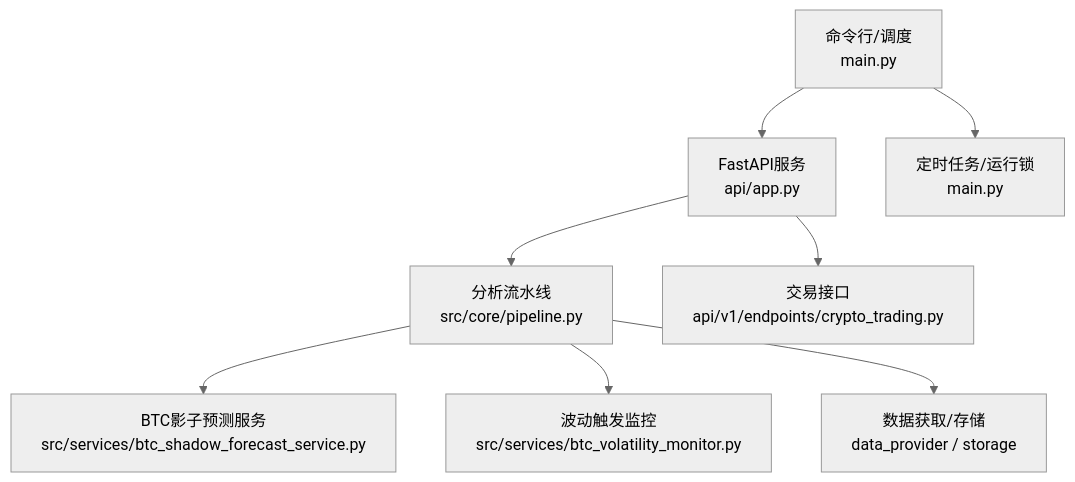
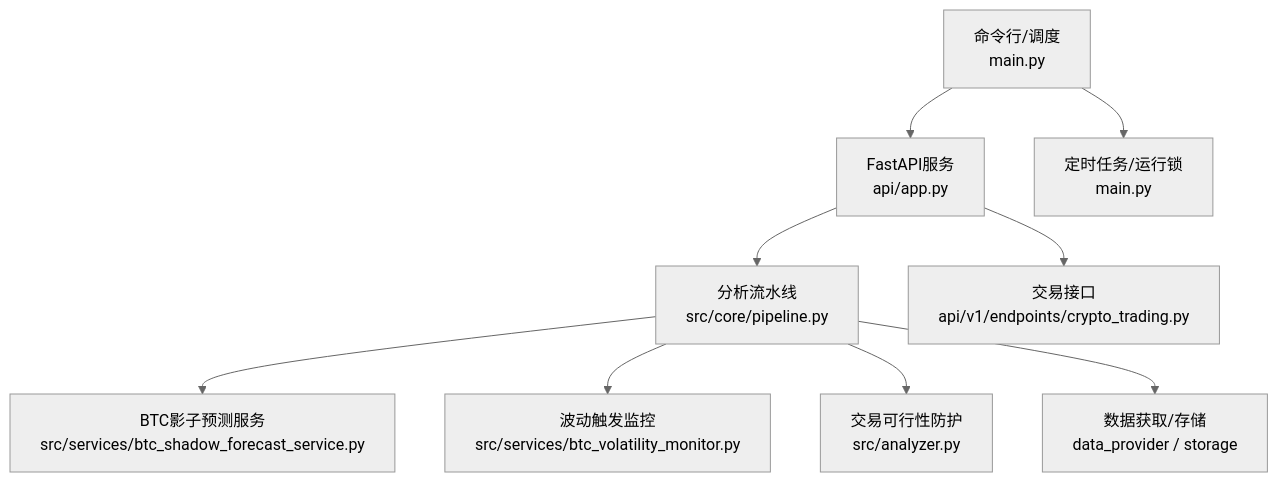
Before and after one commit to anYaoooo/daily_stock_analysis: the first of 7 diagrams in .qoder/repowiki/zh/content/数据源集成/加密货币数据源/BTC影子预测服务.md, drawn with Mermaid (neutral theme). The commit also changed other lines of this file and 140 other files, not shown here.

````diff
--- a/.qoder/repowiki/zh/content/数据源集成/加密货币数据源/BTC影子预测服务.md
+++ b/.qoder/repowiki/zh/content/数据源集成/加密货币数据源/BTC影子预测服务.md
@@ -58,10 +59,11 @@
 ```mermaid
 graph TB
 A["命令行/调度<br/>main.py"] --> B["FastAPI服务<br/>api/app.py"]
 B --> C["分析流水线<br/>src/core/pipeline.py"]
 C --> D["BTC影子预测服务<br/>src/services/btc_shadow_forecast_service.py"]
 C --> E["波动触发监控<br/>src/services/btc_volatility_monitor.py"]
-C --> F["数据获取/存储<br/>data_provider / storage"]
-B --> G["交易接口<br/>api/v1/endpoints/crypto_trading.py"]
-A --> H["定时任务/运行锁<br/>main.py"]
+C --> F["交易可行性防护<br/>src/analyzer.py"]
+C --> G["数据获取/存储<br/>data_provider / storage"]
+B --> H["交易接口<br/>api/v1/endpoints/crypto_trading.py"]
+A --> I["定时任务/运行锁<br/>main.py"]
 ```
````
